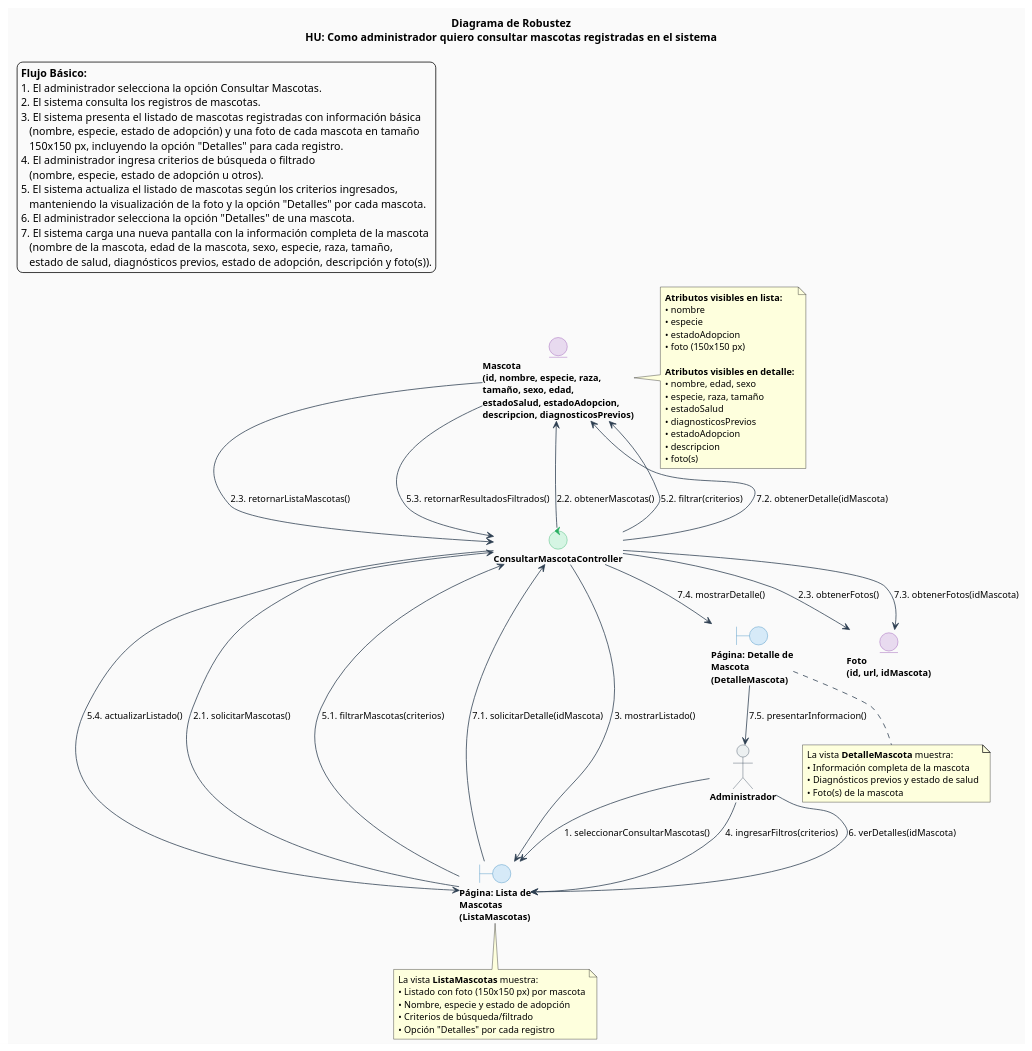
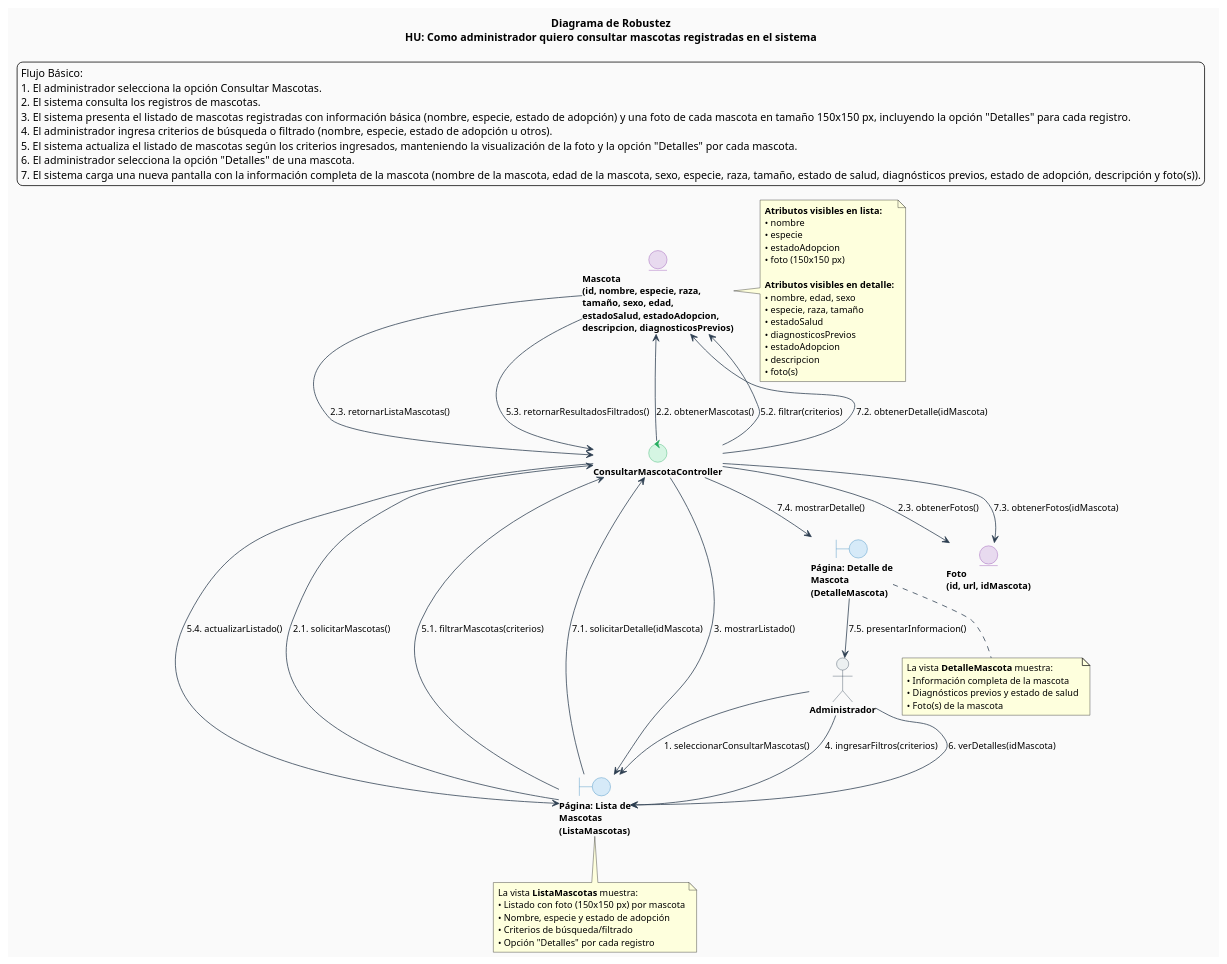
One commit to ErickCaiced2/SistemaDeAdopciones changed the diagram in docs/diagrama-robustez-consultar-mascotas.puml. Above: the diagram before and after it, drawn with PlantUML.

Commit message:
fix: update Flujo Basico legend to match reference image format (single lines, no bold)
Agent-Logs-Url: https://github.com/ErickCaiced2/GR01_1BT3_622_26A/sessions/fa062c98-4e4c-4e8f-81ee-601e733c204f

```diff
--- a/docs/diagrama-robustez-consultar-mascotas.puml
+++ b/docs/diagrama-robustez-consultar-mascotas.puml
@@ -1,119 +1,113 @@
 @startuml diagrama-robustez-consultar-mascotas
 
 title Diagrama de Robustez\nHU: Como administrador quiero consultar mascotas registradas en el sistema
 
 skinparam backgroundColor #FAFAFA
 skinparam defaultFontName Arial
 skinparam defaultFontSize 12
 
 skinparam actor {
     BorderColor #2C3E50
     BackgroundColor #ECF0F1
     FontStyle bold
 }
 skinparam boundary {
     BorderColor #2980B9
     BackgroundColor #D6EAF8
     FontStyle bold
 }
 skinparam control {
     BorderColor #27AE60
     BackgroundColor #D5F5E3
     FontStyle bold
 }
 skinparam entity {
     BorderColor #8E44AD
     BackgroundColor #E8DAEF
     FontStyle bold
 }
 skinparam arrow {
     Color #2C3E50
 }
 
 legend top left
-  **Flujo Básico:**
+  Flujo Básico:
   1. El administrador selecciona la opción Consultar Mascotas.
   2. El sistema consulta los registros de mascotas.
-  3. El sistema presenta el listado de mascotas registradas con información básica
-     (nombre, especie, estado de adopción) y una foto de cada mascota en tamaño
-     150x150 px, incluyendo la opción "Detalles" para cada registro.
-  4. El administrador ingresa criterios de búsqueda o filtrado
-     (nombre, especie, estado de adopción u otros).
-  5. El sistema actualiza el listado de mascotas según los criterios ingresados,
-     manteniendo la visualización de la foto y la opción "Detalles" por cada mascota.
+  3. El sistema presenta el listado de mascotas registradas con información básica (nombre, especie, estado de adopción) y una foto de cada mascota en tamaño 150x150 px, incluyendo la opción "Detalles" para cada registro.
+  4. El administrador ingresa criterios de búsqueda o filtrado (nombre, especie, estado de adopción u otros).
+  5. El sistema actualiza el listado de mascotas según los criterios ingresados, manteniendo la visualización de la foto y la opción "Detalles" por cada mascota.
   6. El administrador selecciona la opción "Detalles" de una mascota.
-  7. El sistema carga una nueva pantalla con la información completa de la mascota
-     (nombre de la mascota, edad de la mascota, sexo, especie, raza, tamaño,
-     estado de salud, diagnósticos previos, estado de adopción, descripción y foto(s)).
+  7. El sistema carga una nueva pantalla con la información completa de la mascota (nombre de la mascota, edad de la mascota, sexo, especie, raza, tamaño, estado de salud, diagnósticos previos, estado de adopción, descripción y foto(s)).
 end legend
 
 ' ─── ACTOR ───────────────────────────────────────────────────
 actor "Administrador" as admin
 
 ' ─── BOUNDARY (Interfaces / Vistas) ──────────────────────────
 boundary "Página: Lista de\nMascotas\n(ListaMascotas)" as paginaLista
 boundary "Página: Detalle de\nMascota\n(DetalleMascota)" as paginaDetalle
 
 ' ─── CONTROL ─────────────────────────────────────────────────
 control "ConsultarMascotaController" as ctrl
 
 ' ─── ENTITY (Entidades de Dominio) ───────────────────────────
 entity "Mascota\n(id, nombre, especie, raza,\ntamaño, sexo, edad,\nestadoSalud, estadoAdopcion,\ndescripcion, diagnosticosPrevios)" as eMascota
 entity "Foto\n(id, url, idMascota)" as eFoto
 
 ' ─── FLUJO 1: Listar mascotas ────────────────────────────────
 admin --> paginaLista           : 1. seleccionarConsultarMascotas()
 paginaLista --> ctrl            : 2.1. solicitarMascotas()
 ctrl --> eMascota               : 2.2. obtenerMascotas()
 eMascota --> ctrl               : 2.3. retornarListaMascotas()
 ctrl --> eFoto                  : 2.3. obtenerFotos()
 ctrl --> paginaLista            : 3. mostrarListado()
 
 ' ─── FLUJO 2: Filtrar mascotas ───────────────────────────────
 admin --> paginaLista           : 4. ingresarFiltros(criterios)
 paginaLista --> ctrl            : 5.1. filtrarMascotas(criterios)
 ctrl --> eMascota               : 5.2. filtrar(criterios)
 eMascota --> ctrl               : 5.3. retornarResultadosFiltrados()
 ctrl --> paginaLista            : 5.4. actualizarListado()
 
 ' ─── FLUJO 3: Ver detalle de una mascota ─────────────────────
 admin --> paginaLista           : 6. verDetalles(idMascota)
 paginaLista --> ctrl            : 7.1. solicitarDetalle(idMascota)
 ctrl --> eMascota               : 7.2. obtenerDetalle(idMascota)
 ctrl --> eFoto                  : 7.3. obtenerFotos(idMascota)
 ctrl --> paginaDetalle          : 7.4. mostrarDetalle()
 paginaDetalle --> admin         : 7.5. presentarInformacion()
 
 note right of eMascota
   **Atributos visibles en lista:**
   • nombre
   • especie
   • estadoAdopcion
   • foto (150x150 px)
 
   **Atributos visibles en detalle:**
   • nombre, edad, sexo
   • especie, raza, tamaño
   • estadoSalud
   • diagnosticosPrevios
   • estadoAdopcion
   • descripcion
   • foto(s)
 end note
 
 note bottom of paginaLista
   La vista **ListaMascotas** muestra:
   • Listado con foto (150x150 px) por mascota
   • Nombre, especie y estado de adopción
   • Criterios de búsqueda/filtrado
   • Opción "Detalles" por cada registro
 end note
 
 note bottom of paginaDetalle
   La vista **DetalleMascota** muestra:
   • Información completa de la mascota
   • Diagnósticos previos y estado de salud
   • Foto(s) de la mascota
 end note
 
 @enduml
```
